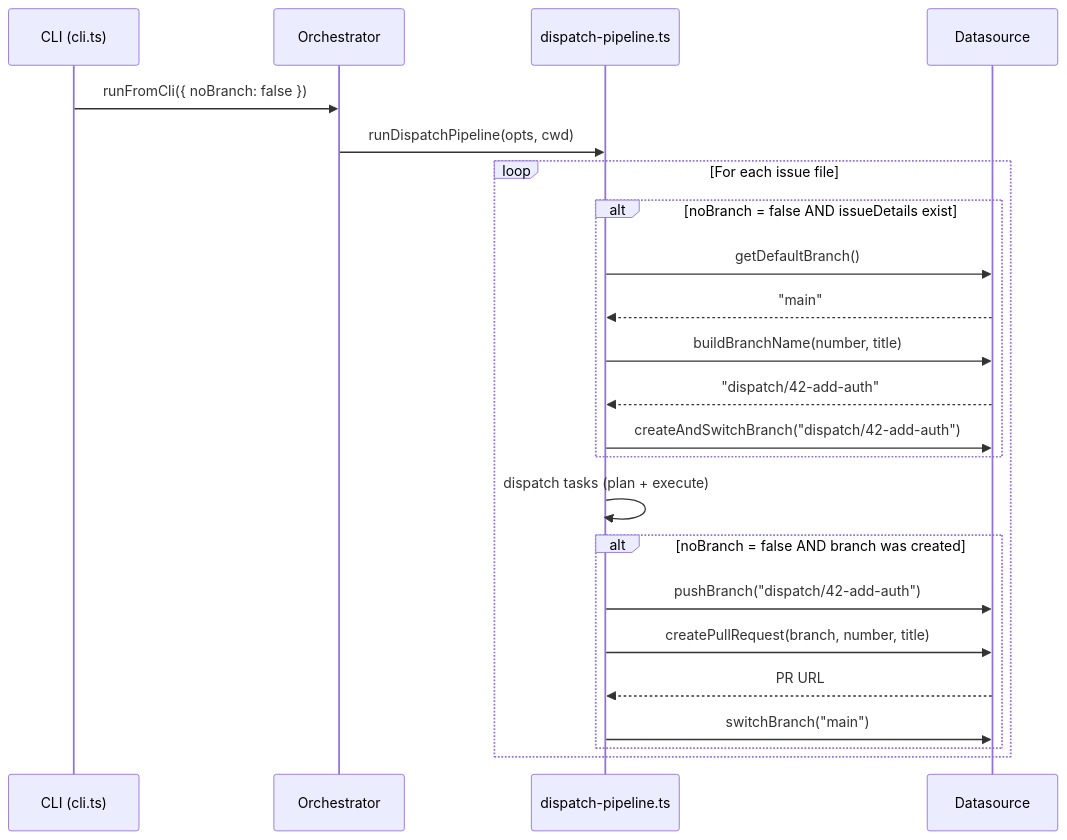
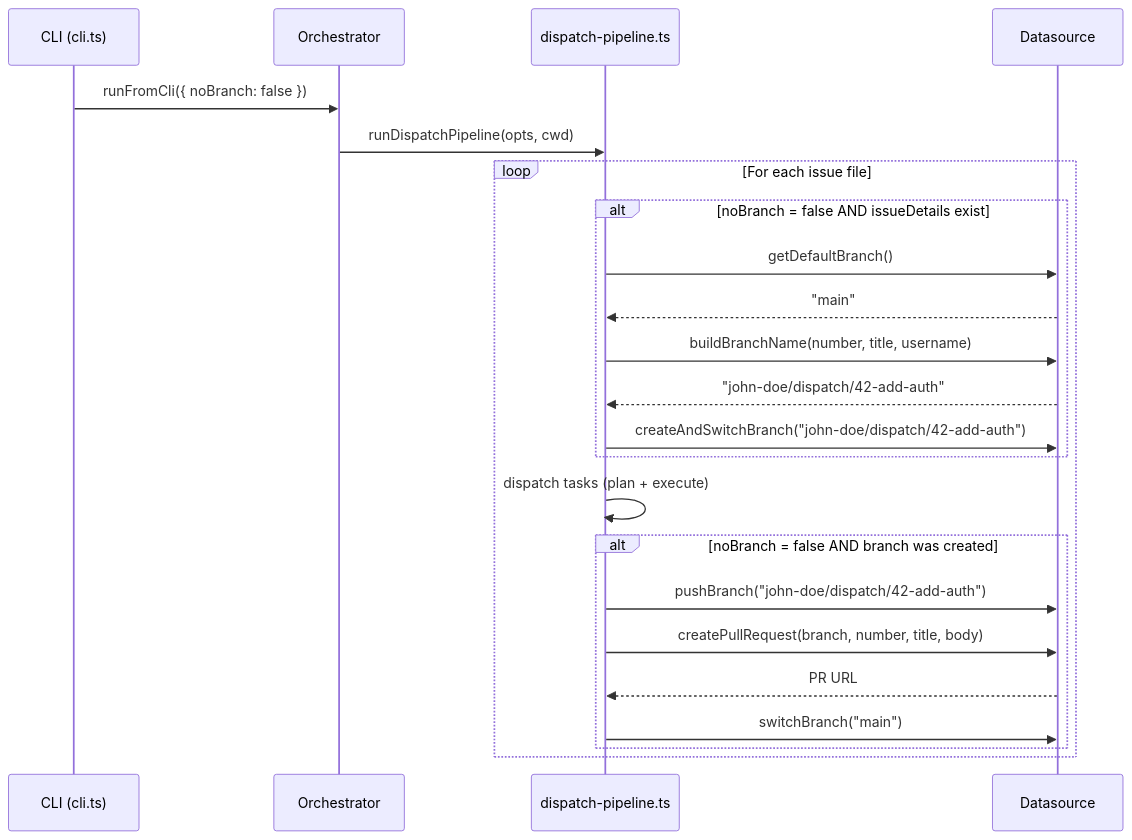
One commit to PatrickRuddiman/Dispatch changed the first of 2 diagrams in docs/cli-orchestration/cli.md. Above: the diagram before and after it, drawn with Mermaid. The commit also changed other lines of this file and 66 other files, not shown here.

````diff
--- a/docs/cli-orchestration/cli.md
+++ b/docs/cli-orchestration/cli.md
@@ -276,29 +276,29 @@
 ```mermaid
 sequenceDiagram
     participant CLI as CLI (cli.ts)
     participant Orch as Orchestrator
     participant Pipeline as dispatch-pipeline.ts
     participant DS as Datasource
 
     CLI->>Orch: runFromCli({ noBranch: false })
     Orch->>Pipeline: runDispatchPipeline(opts, cwd)
 
     loop For each issue file
         alt noBranch = false AND issueDetails exist
             Pipeline->>DS: getDefaultBranch()
             DS-->>Pipeline: "main"
-            Pipeline->>DS: buildBranchName(number, title)
-            DS-->>Pipeline: "dispatch/42-add-auth"
-            Pipeline->>DS: createAndSwitchBranch("dispatch/42-add-auth")
+            Pipeline->>DS: buildBranchName(number, title, username)
+            DS-->>Pipeline: "john-doe/dispatch/42-add-auth"
+            Pipeline->>DS: createAndSwitchBranch("john-doe/dispatch/42-add-auth")
         end
 
         Pipeline->>Pipeline: dispatch tasks (plan + execute)
 
         alt noBranch = false AND branch was created
-            Pipeline->>DS: pushBranch("dispatch/42-add-auth")
-            Pipeline->>DS: createPullRequest(branch, number, title)
+            Pipeline->>DS: pushBranch("john-doe/dispatch/42-add-auth")
+            Pipeline->>DS: createPullRequest(branch, number, title, body)
             DS-->>Pipeline: PR URL
             Pipeline->>DS: switchBranch("main")
         end
     end
 ```
````
